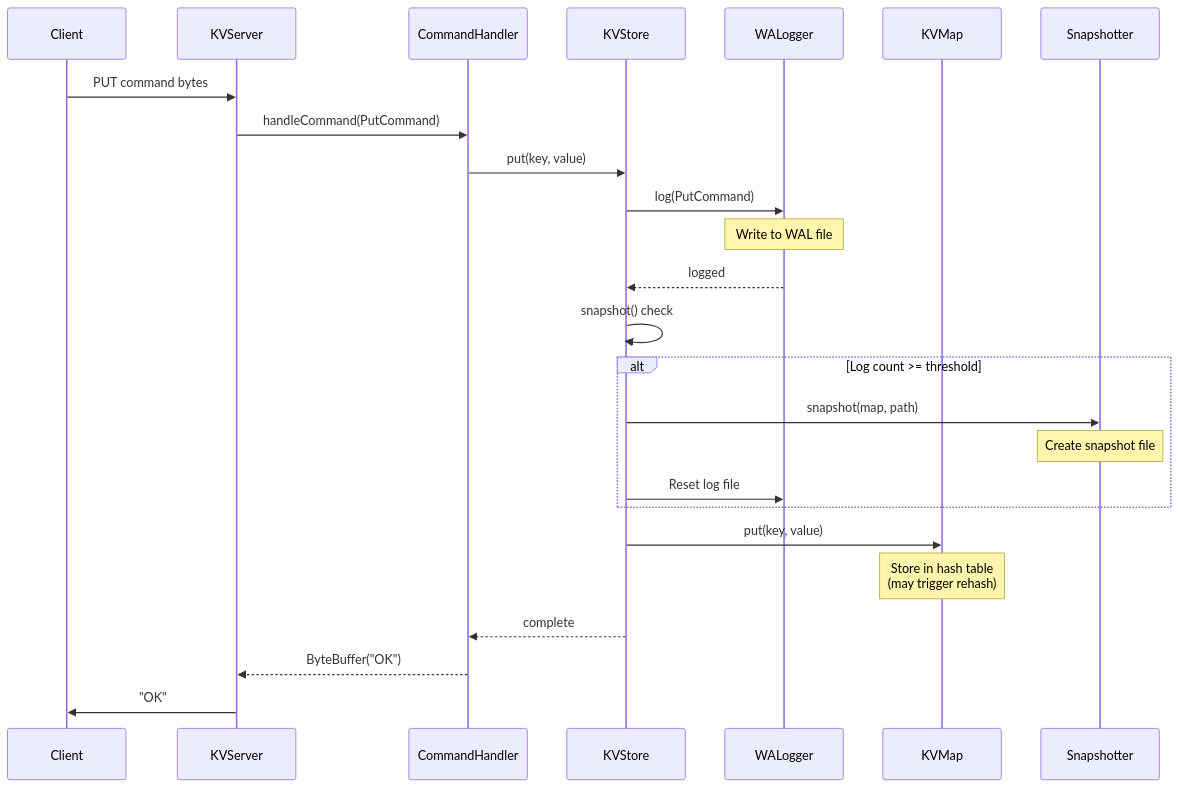
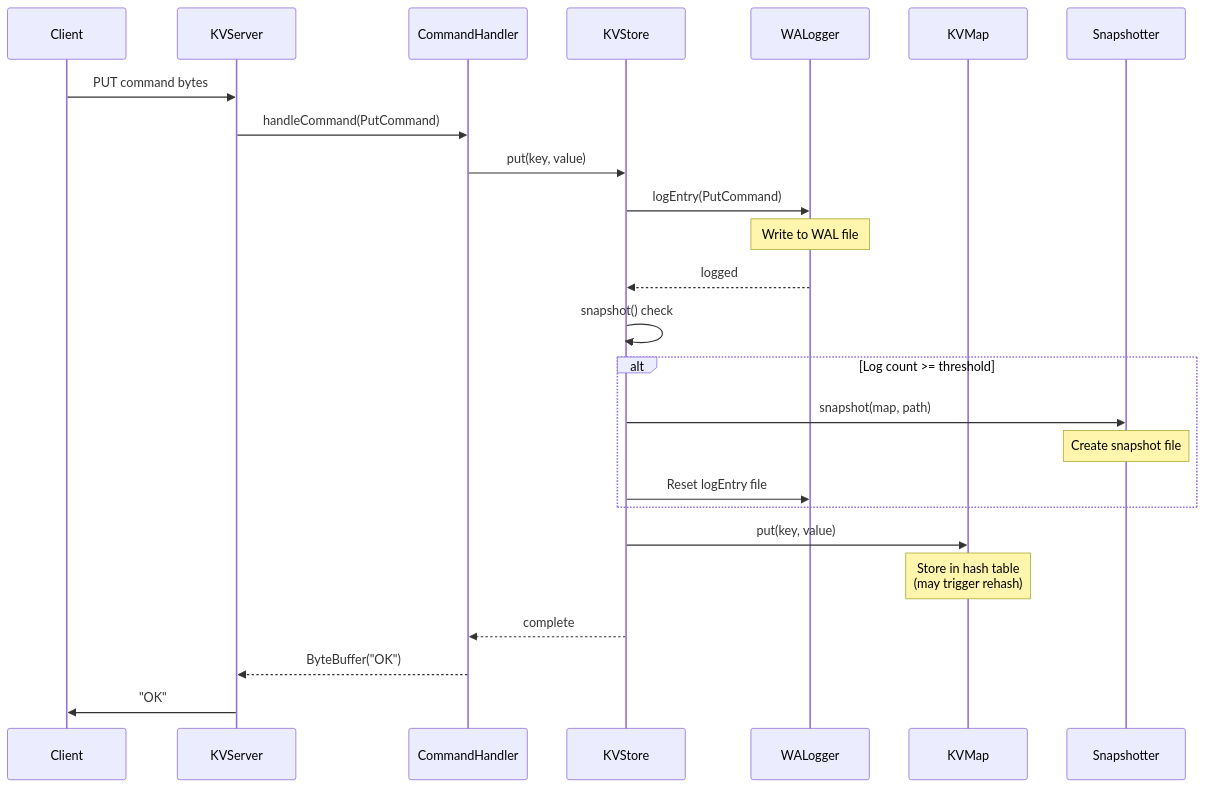
Before and after one commit to JadoreThompson/kv-store: the fourth of 11 diagrams in README.md, drawn with Mermaid. The commit also changed other lines of this file and 37 other files, not shown here.

````diff
--- a/README.md
+++ b/README.md
@@ -589,33 +590,33 @@
 ```mermaid
 sequenceDiagram
     participant Client
     participant KVServer
     participant CommandHandler
     participant KVStore
     participant WALogger
     participant KVMap
     participant Snapshotter
     
     Client->>KVServer: PUT command bytes
     
     KVServer->>CommandHandler: handleCommand(PutCommand)
     CommandHandler->>KVStore: put(key, value)
     
-    KVStore->>WALogger: log(PutCommand)
+    KVStore->>WALogger: logEntry(PutCommand)
     Note over WALogger: Write to WAL file
     WALogger-->>KVStore: logged
     
     KVStore->>KVStore: snapshot() check
     alt Log count >= threshold
         KVStore->>Snapshotter: snapshot(map, path)
         Note over Snapshotter: Create snapshot file
-        KVStore->>WALogger: Reset log file
+        KVStore->>WALogger: Reset logEntry file
     end
     
     KVStore->>KVMap: put(key, value)
     Note over KVMap: Store in hash table<br/>(may trigger rehash)
     
     KVStore-->>CommandHandler: complete
     CommandHandler-->>KVServer: ByteBuffer("OK")
     KVServer->>Client: "OK"
 ```
````
